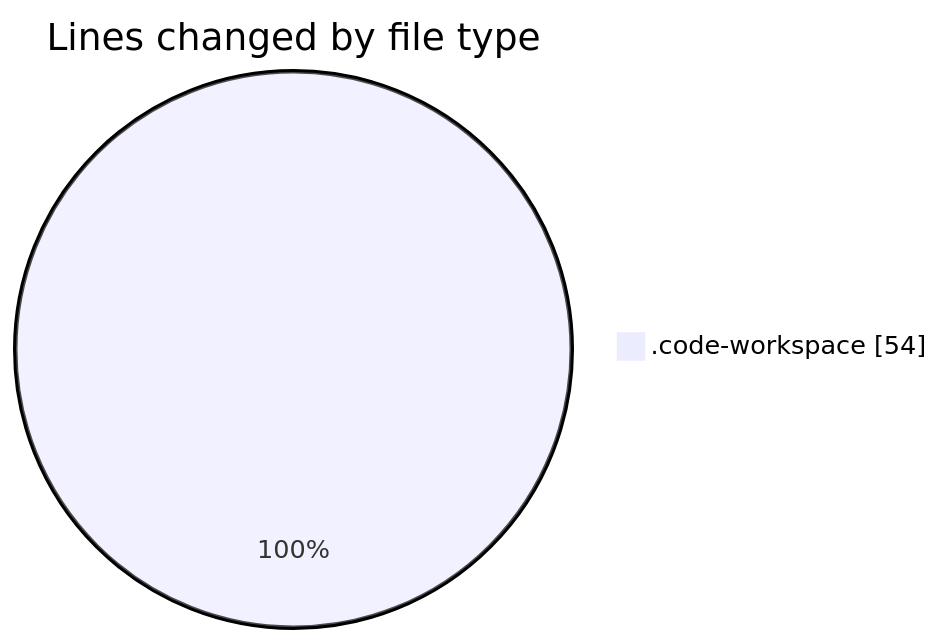
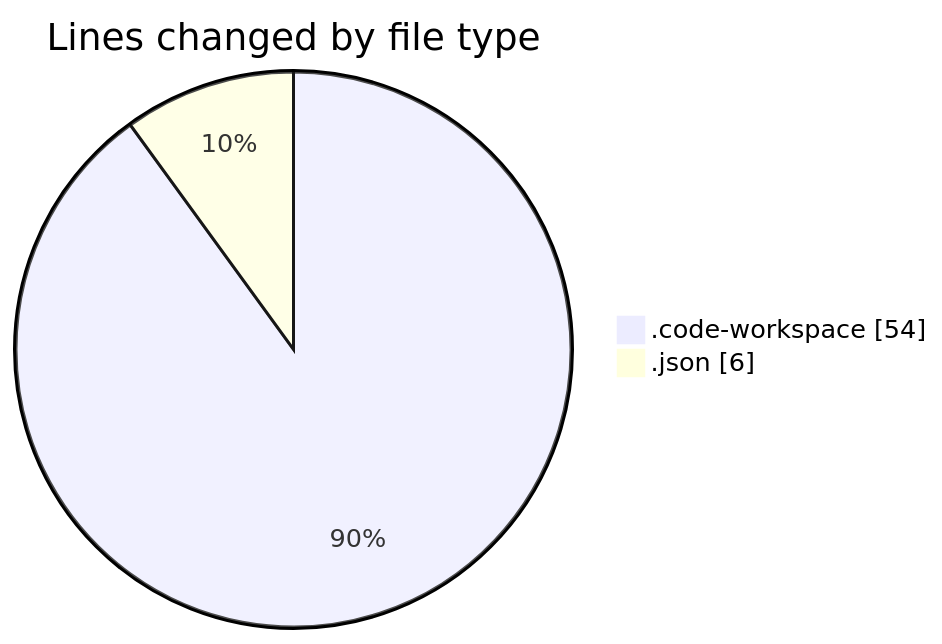
The first of 2 diagrams in 2026-02-24/alignsynch-workbench/README.md (jadenblack/code-tracking), drawn with Mermaid before and after one commit. The commit also changed other lines of this file and 1 other file, not shown here.

````diff
--- a/2026-02-24/alignsynch-workbench/README.md
+++ b/2026-02-24/alignsynch-workbench/README.md
@@ -20,5 +21,6 @@
 ```mermaid
 pie showData
 title Lines changed by file type
 ".code-workspace" : 54
+".json" : 6
 ```
````
